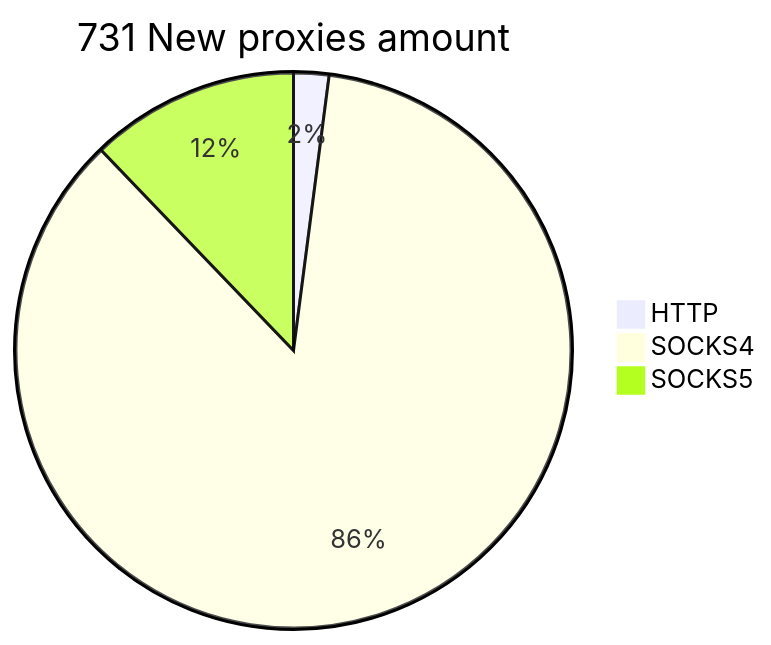
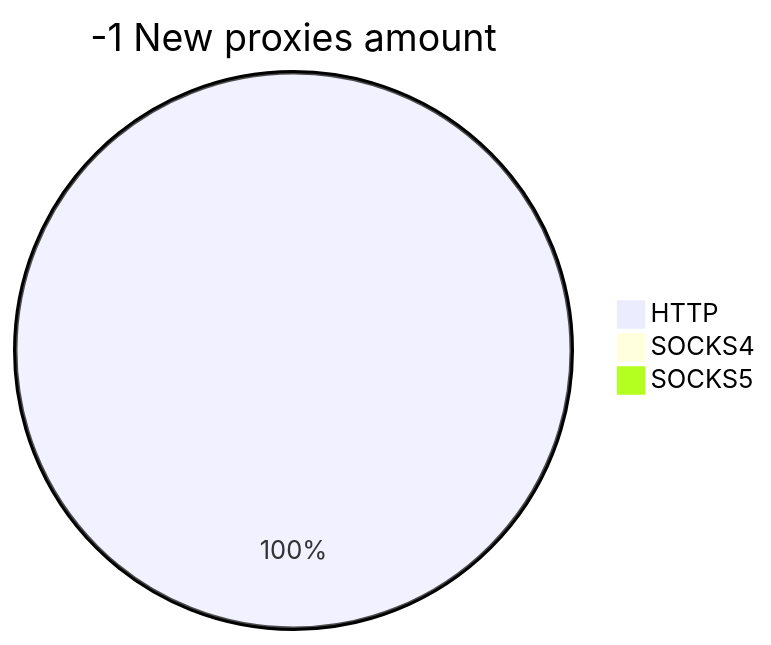
The second of 2 diagrams in README.md (cutipu/proxylist), drawn with Mermaid before and after one commit. The commit also changed other lines of this file, not shown here.

````diff
--- a/README.md
+++ b/README.md
@@ -10,6 +10,6 @@
 ```mermaid
-pie title 731 New proxies amount
-    "HTTP" : 15
-    "SOCKS4" : 627
-    "SOCKS5" : 89
+pie title -1 New proxies amount
+    "HTTP" : 1
+    "SOCKS4" : 0
+    "SOCKS5" : 0
 ```
````
